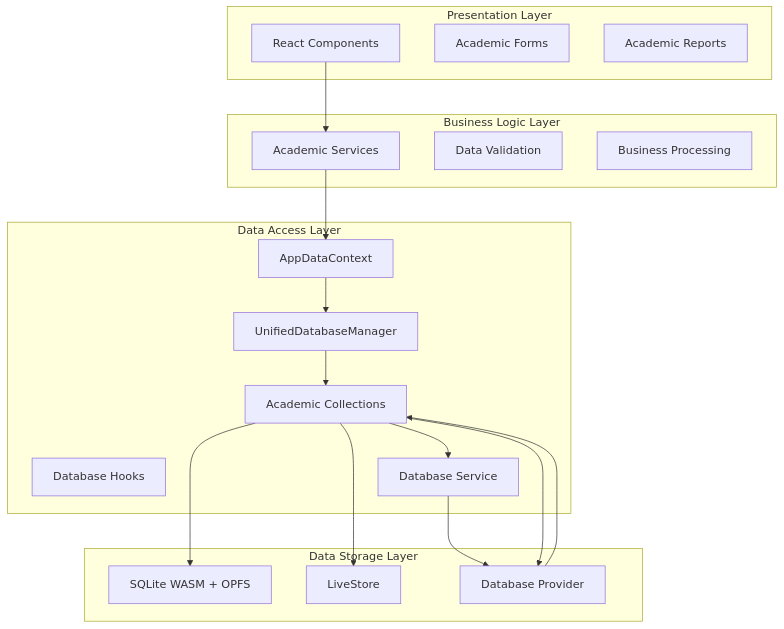
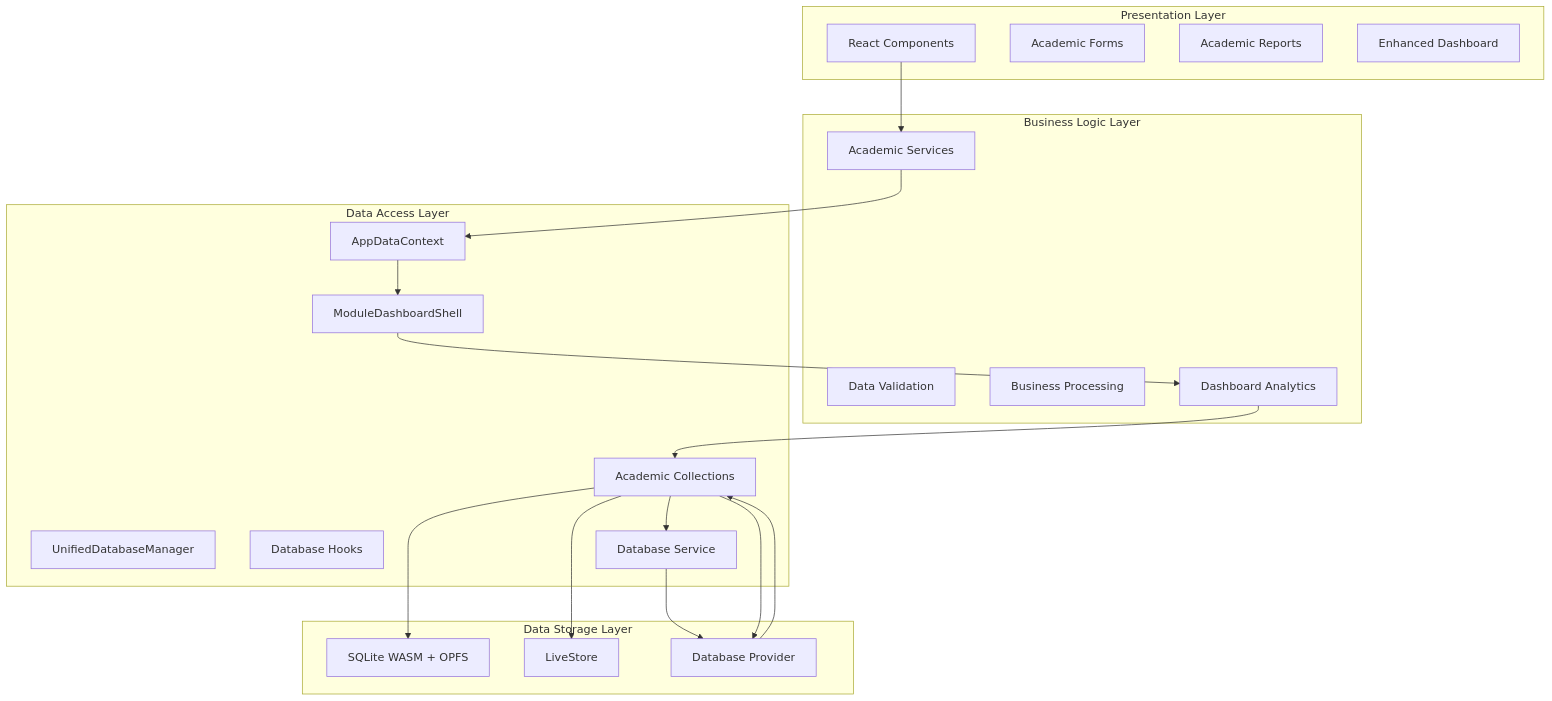
The third of 14 diagrams in .qoder/repowiki/en/content/Academic Data Management.md (geniusdynamics/schoolpilot), drawn with Mermaid before and after one commit. The commit also changed other lines of this file and 16 other files, not shown here.

````diff
--- a/.qoder/repowiki/en/content/Academic Data Management.md
+++ b/.qoder/repowiki/en/content/Academic Data Management.md
@@ -145,36 +164,40 @@
 ```mermaid
 graph TB
 subgraph "Presentation Layer"
 UI[React Components]
 Forms[Academic Forms]
 Reports[Academic Reports]
+Dashboard[Enhanced Dashboard]
 end
 subgraph "Business Logic Layer"
 Services[Academic Services]
 Validation[Data Validation]
 Processing[Business Processing]
+Analytics[Dashboard Analytics]
 end
 subgraph "Data Access Layer"
 Context[AppDataContext]
 Database[UnifiedDatabaseManager]
 Collections[Academic Collections]
 Hooks[Database Hooks]
 Service[Database Service]
+DashboardShell[ModuleDashboardShell]
 end
 subgraph "Data Storage Layer"
 SQLite[SQLite WASM + OPFS]
 LiveStore[LiveStore]
 Provider[Database Provider]
 Collections[Academic Collections]
 end
 UI --> Services
 Services --> Context
-Context --> Database
-Database --> Collections
+Context --> DashboardShell
+DashboardShell --> Analytics
+Analytics --> Collections
 Collections --> Service
 Service --> Provider
 Provider --> Collections
 Collections --> SQLite
 Collections --> LiveStore
 Collections --> Provider
 ```
````
